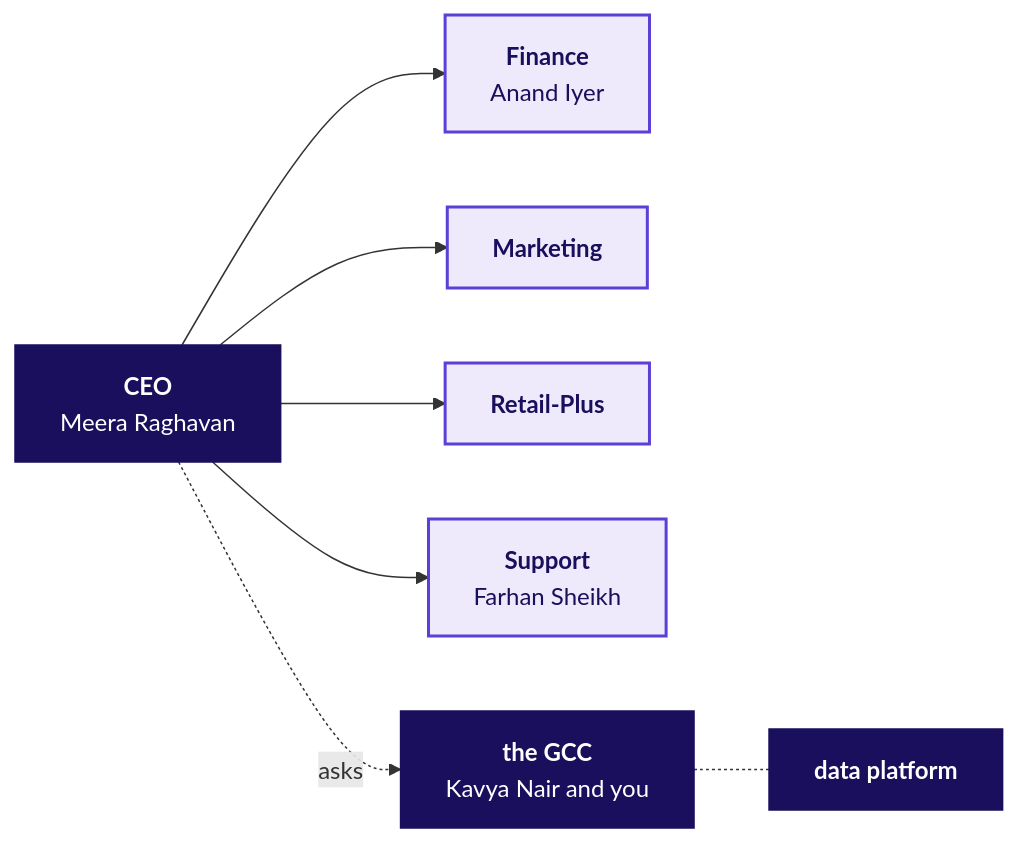
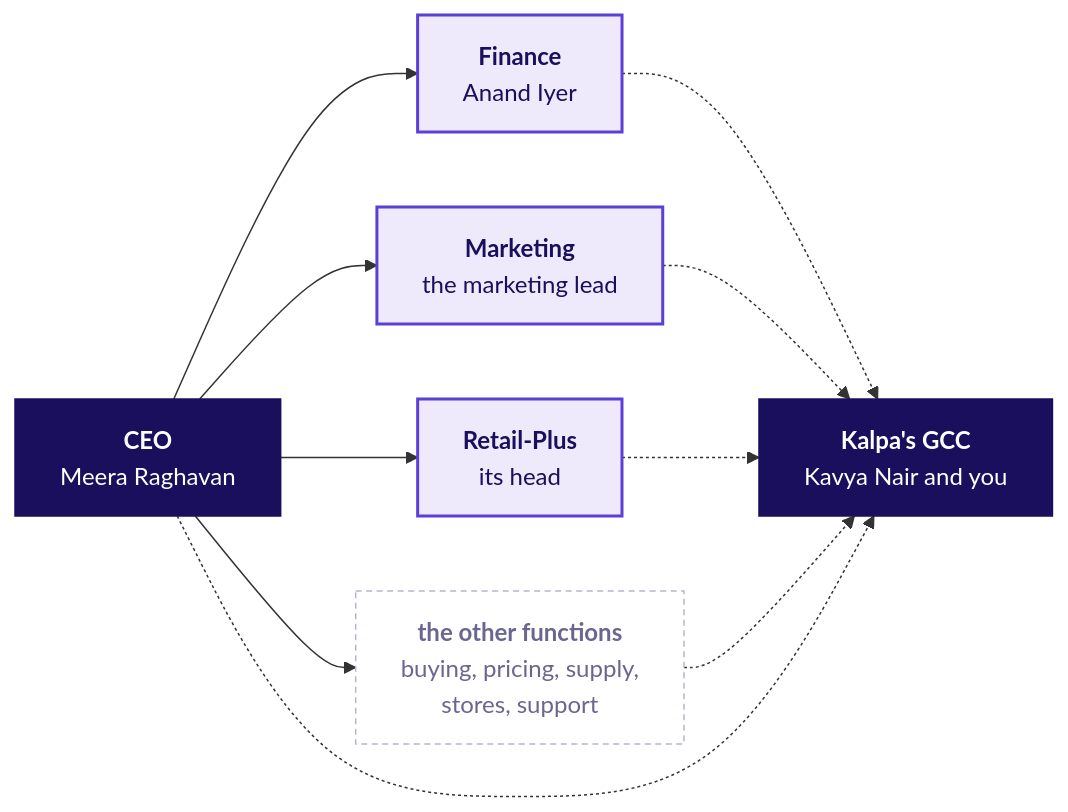
The fourth of 18 diagrams in content/W01/D1/slides/C2_W01_D01_half1_STUDENT.md (fde-academy-lab/c2-content-factory), drawn with Mermaid before and after one commit. The commit also changed other lines of this file and 16 other files, not shown here.

````diff
--- a/content/W01/D1/slides/C2_W01_D01_half1_STUDENT.md
+++ b/content/W01/D1/slides/C2_W01_D01_half1_STUDENT.md
@@ -134,13 +135,15 @@
 ```mermaid
 flowchart LR
     CEO["<b>CEO</b><br/>Meera Raghavan"] --> FIN["<b>Finance</b><br/>Anand Iyer"]
-    CEO --> MKT["<b>Marketing</b>"]
-    CEO --> RP["<b>Retail-Plus</b>"]
-    CEO --> CS["<b>Support</b><br/>Farhan Sheikh"]
-    CEO -.->|asks| GCC["<b>the GCC</b><br/>Kavya Nair and you"]
-    GCC -.- DP["<b>data platform</b>"]
+    CEO --> MKT["<b>Marketing</b><br/>the marketing lead"]
+    CEO --> RP["<b>Retail-Plus</b><br/>its head"]
+    CEO --> OTH["<b>the other functions</b><br/>buying, pricing, supply,<br/>stores, support"]
+    FIN & MKT & RP & OTH -.-> GCC["<b>Kalpa's GCC</b><br/>Kavya Nair and you"]
+    CEO -.-> GCC
     classDef known fill:#EEEAFB,stroke:#5B3FD6,color:#1A0F5C,stroke-width:2px
-    classDef bet fill:#1A0F5C,stroke:#1A0F5C,color:#FFFFFF
-    class FIN,MKT,RP,CS known
-    class CEO,GCC,DP bet
+    classDef unknown fill:#FFFFFF,stroke:#B8B2D6,color:#6B6690,stroke-dasharray:4 3
+    classDef dark fill:#1A0F5C,stroke:#1A0F5C,color:#FFFFFF
+    class FIN,MKT,RP known
+    class OTH unknown
+    class CEO,GCC dark
 ```
````
